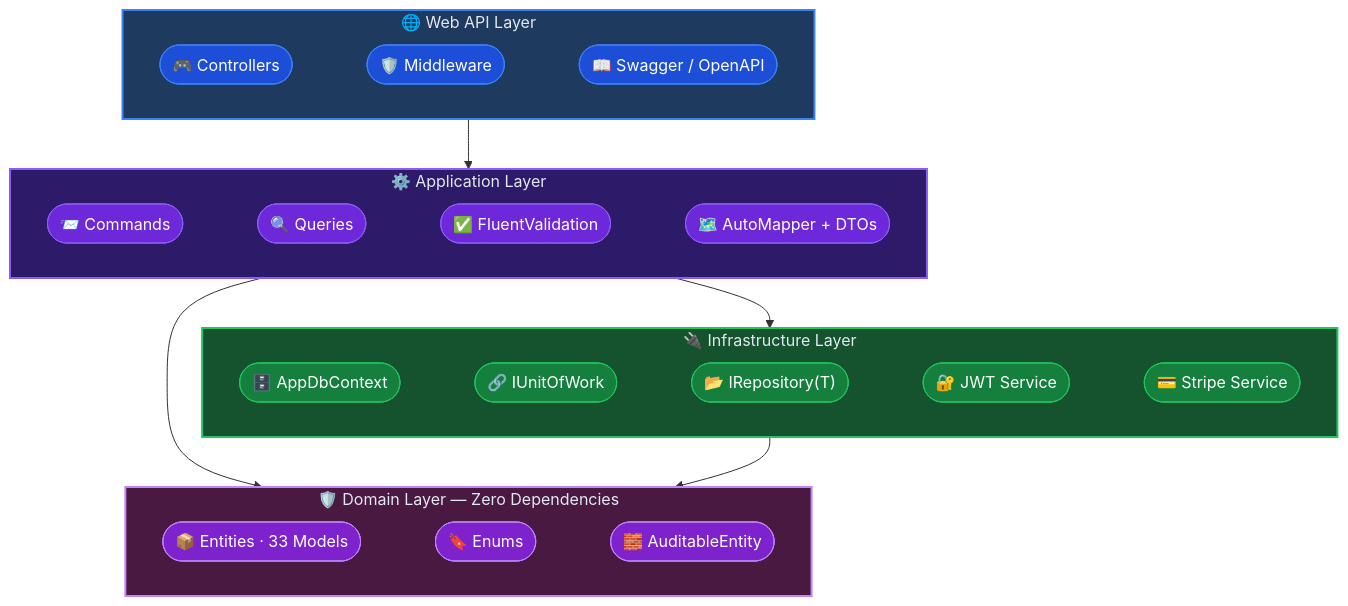
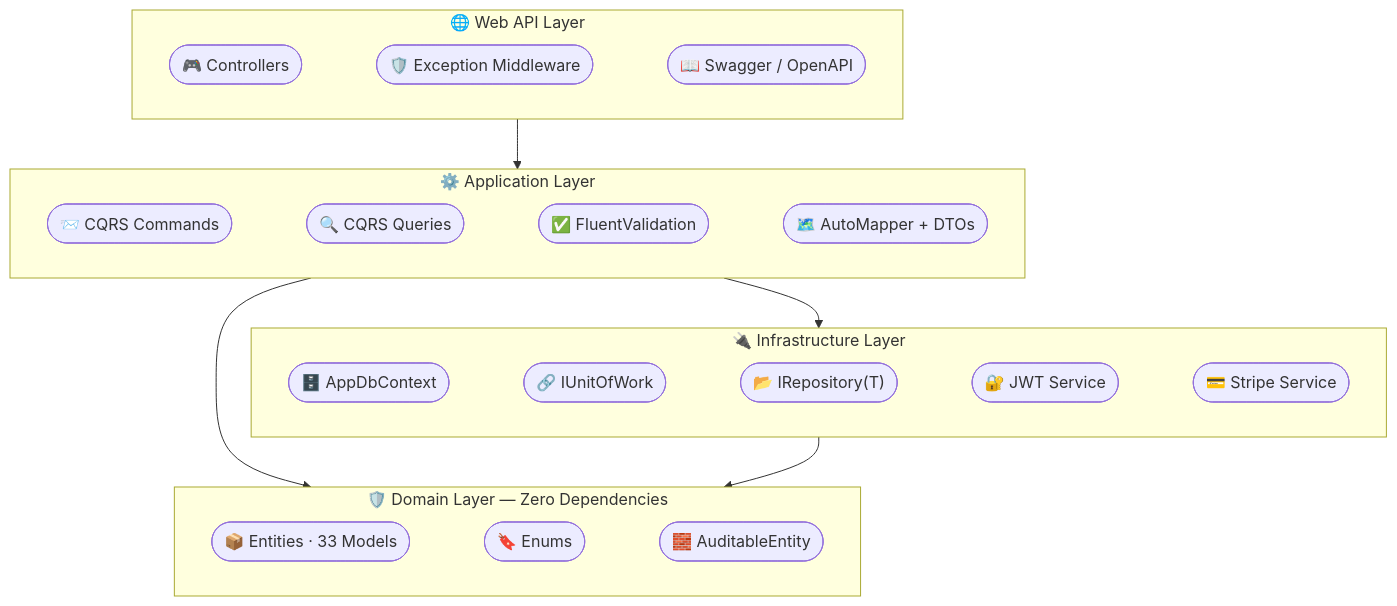
The first of 8 diagrams in README.md (noureddineosama/OnlineTravelBookingAPP), drawn with Mermaid before and after one commit.

Commit message:
Docs: Switch architecture diagram to default Mermaid theme with larger padded nodes matching sequence diagram style

````diff
--- a/README.md
+++ b/README.md
@@ -46,51 +46,28 @@
 ```mermaid
+%%{init: {'theme': 'default', 'themeVariables': {'fontSize': '16px'}}}%%
 graph TD
     subgraph WEB["🌐  Web API Layer"]
         direction LR
-        CTRL(["🎮 Controllers"]) ~~~ MIDW(["🛡️ Middleware"]) ~~~ DOCS(["📖 Swagger / OpenAPI"])
+        CTRL(["     🎮  Controllers     "]) ~~~ MIDW(["     🛡️  Exception Middleware     "]) ~~~ DOCS(["     📖  Swagger / OpenAPI     "])
     end
 
     subgraph APP["⚙️  Application Layer"]
         direction LR
-        CMD(["📨 Commands"]) ~~~ QRY(["🔍 Queries"]) ~~~ VAL(["✅ FluentValidation"]) ~~~ MAP(["🗺️ AutoMapper + DTOs"])
+        CMD(["     📨  CQRS Commands     "]) ~~~ QRY(["     🔍  CQRS Queries     "]) ~~~ VAL(["     ✅  FluentValidation     "]) ~~~ MAP(["     🗺️  AutoMapper + DTOs     "])
     end
 
     subgraph INF["🔌  Infrastructure Layer"]
         direction LR
-        DB(["🗄️ AppDbContext"]) ~~~ UOW(["🔗 IUnitOfWork"]) ~~~ REPO(["📂 IRepository(T)"]) ~~~ JWT(["🔐 JWT Service"]) ~~~ STR(["💳 Stripe Service"])
+        DB(["     🗄️  AppDbContext     "]) ~~~ UOW(["     🔗  IUnitOfWork     "]) ~~~ REPO(["     📂  IRepository(T)     "]) ~~~ JWT(["     🔐  JWT Service     "]) ~~~ STR(["     💳  Stripe Service     "])
     end
 
     subgraph DOM["🛡️  Domain Layer — Zero Dependencies"]
         direction LR
-        ENT(["📦 Entities · 33 Models"]) ~~~ ENM(["🔖 Enums"]) ~~~ BASE(["🧱 AuditableEntity"])
+        ENT(["     📦  Entities · 33 Models     "]) ~~~ ENM(["     🔖  Enums     "]) ~~~ BASE(["     🧱  AuditableEntity     "])
     end
 
     WEB --> APP
     APP --> INF
     APP --> DOM
     INF --> DOM
-
-    style WEB fill:#1e3a5f,color:#e2e8f0,stroke:#3b82f6,stroke-width:2px
-    style APP fill:#2d1b69,color:#e2e8f0,stroke:#8b5cf6,stroke-width:2px
-    style INF fill:#14532d,color:#e2e8f0,stroke:#22c55e,stroke-width:2px
-    style DOM fill:#4a1942,color:#e2e8f0,stroke:#c084fc,stroke-width:2px
-
-    style CTRL fill:#1d4ed8,color:#ffffff,stroke:#3b82f6,stroke-width:1px
-    style MIDW fill:#1d4ed8,color:#ffffff,stroke:#3b82f6,stroke-width:1px
-    style DOCS fill:#1d4ed8,color:#ffffff,stroke:#3b82f6,stroke-width:1px
-
-    style CMD fill:#6d28d9,color:#ffffff,stroke:#8b5cf6,stroke-width:1px
-    style QRY fill:#6d28d9,color:#ffffff,stroke:#8b5cf6,stroke-width:1px
-    style VAL fill:#6d28d9,color:#ffffff,stroke:#8b5cf6,stroke-width:1px
-    style MAP fill:#6d28d9,color:#ffffff,stroke:#8b5cf6,stroke-width:1px
-
-    style DB fill:#15803d,color:#ffffff,stroke:#22c55e,stroke-width:1px
-    style UOW fill:#15803d,color:#ffffff,stroke:#22c55e,stroke-width:1px
-    style REPO fill:#15803d,color:#ffffff,stroke:#22c55e,stroke-width:1px
-    style JWT fill:#15803d,color:#ffffff,stroke:#22c55e,stroke-width:1px
-    style STR fill:#15803d,color:#ffffff,stroke:#22c55e,stroke-width:1px
-
-    style ENT fill:#7e22ce,color:#ffffff,stroke:#c084fc,stroke-width:1px
-    style ENM fill:#7e22ce,color:#ffffff,stroke:#c084fc,stroke-width:1px
-    style BASE fill:#7e22ce,color:#ffffff,stroke:#c084fc,stroke-width:1px
 ```
````
